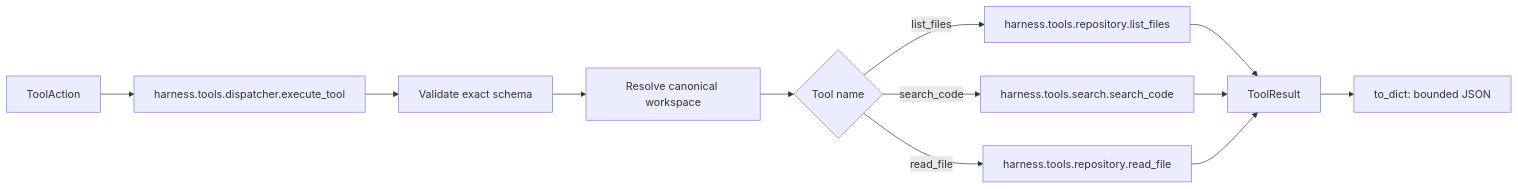
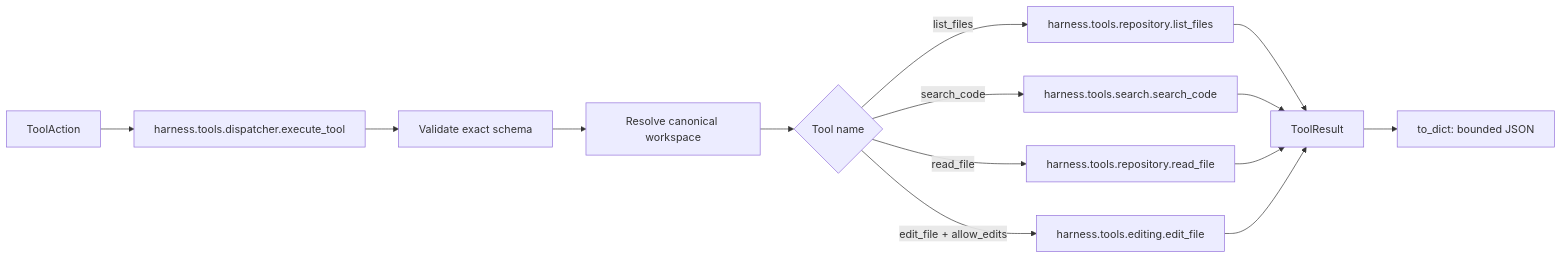
Before and after one commit to reganvannguyen/efficient-code-agent: the third of 3 diagrams in docs/code-map.md, drawn with Mermaid. The commit also changed other lines of this file and 8 other files, not shown here.

````diff
--- a/docs/code-map.md
+++ b/docs/code-map.md
@@ -67,14 +70,16 @@
 ```mermaid
 flowchart LR
     A[ToolAction] --> B[harness.tools.dispatcher.execute_tool]
     B --> C[Validate exact schema]
     C --> D[Resolve canonical workspace]
     D --> E{Tool name}
     E -->|list_files| F[harness.tools.repository.list_files]
     E -->|search_code| S[harness.tools.search.search_code]
     E -->|read_file| G[harness.tools.repository.read_file]
+    E -->|edit_file + allow_edits| W[harness.tools.editing.edit_file]
     F --> H[ToolResult]
     S --> H
     G --> H
+    W --> H
     H --> I[to_dict: bounded JSON]
 ```
````
